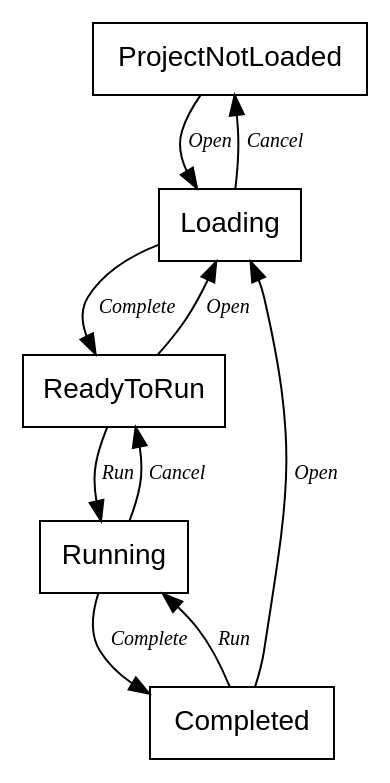
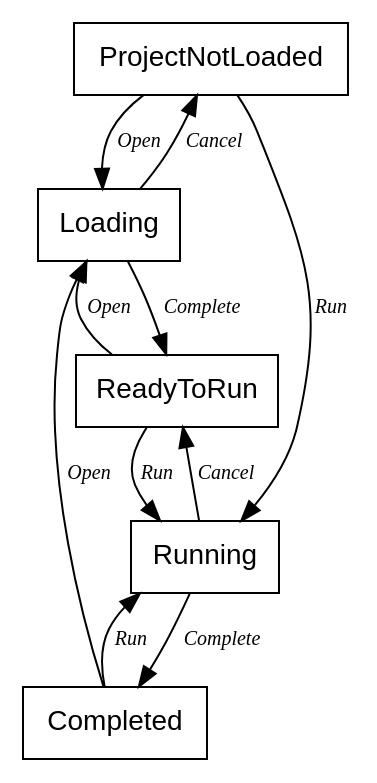
Before and after one commit to qbit86/responsive-flow: the diagram in docs/state-machine.gv, drawn with Graphviz. The commit also changed 3 other files, not shown here.

Commit message:
Add UrlEntries and support for running from ProjectNotLoadedState

```diff
--- a/docs/state-machine.gv
+++ b/docs/state-machine.gv
@@ -1,19 +1,20 @@
 digraph {
     node [fontname="Helvetica" shape=box]
     ProjectNotLoaded
     Loading
     ReadyToRun
     Running
     Completed
 
     edge [fontname="Times-Italic" fontsize=10]
     ProjectNotLoaded -> Loading [label=Open]
+    ProjectNotLoaded -> Running [label=Run]
     Loading -> ProjectNotLoaded [label=Cancel]
     Loading -> ReadyToRun [label=Complete]
     ReadyToRun -> Loading [label=Open]
     ReadyToRun -> Running [label=Run]
     Running -> ReadyToRun [label=Cancel]
     Running -> Completed [label=Complete]
     Completed -> Running [label=Run]
     Completed -> Loading [label=Open]
 }
```
